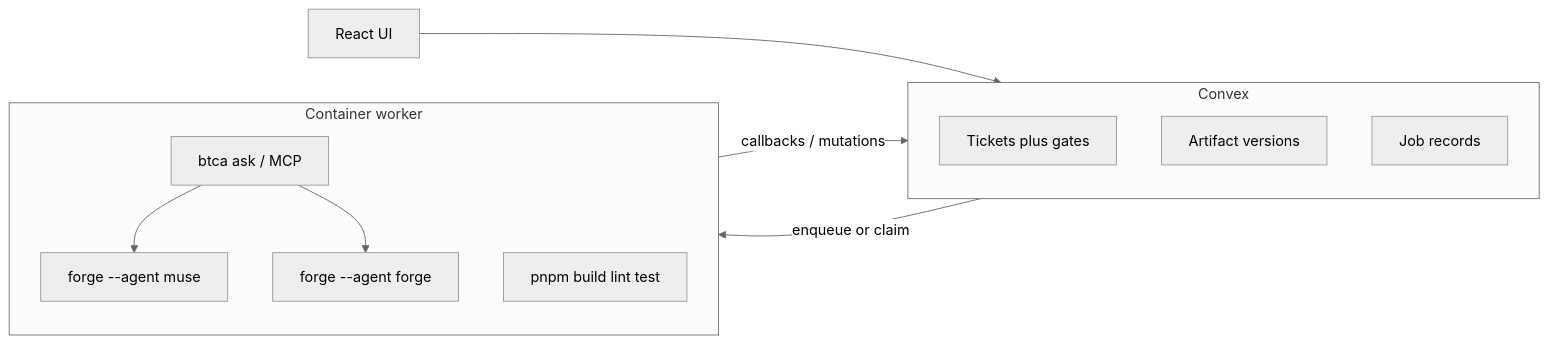
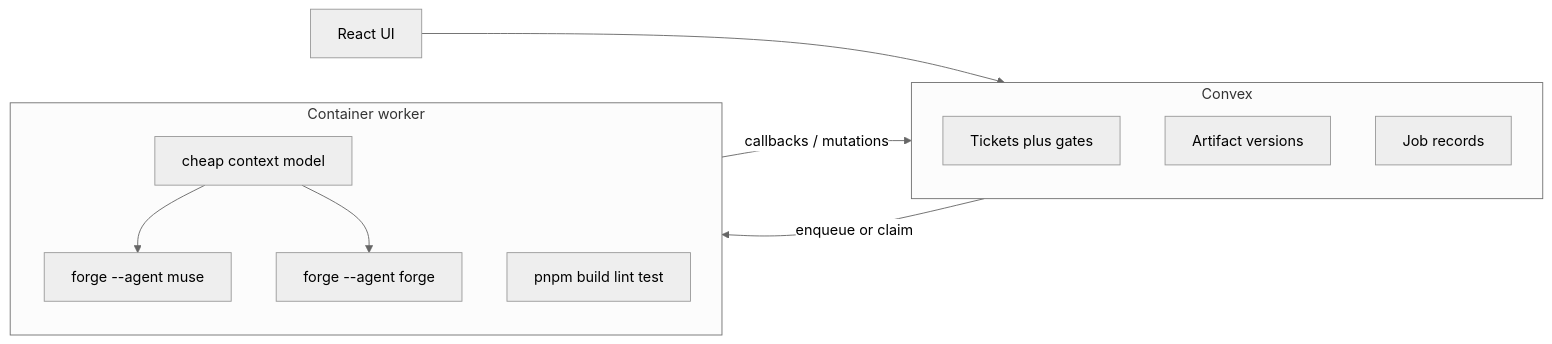
One commit to prateekkumaroriginal/synapse changed the diagram in ticket_ai_workflow_19104437.plan.md. Above: the diagram before and after it, drawn with Mermaid (neutral theme). The commit also changed other lines of this file and 12 other files, not shown here.

````diff
--- a/ticket_ai_workflow_19104437.plan.md
+++ b/ticket_ai_workflow_19104437.plan.md
@@ -42,19 +42,19 @@
 ```mermaid
 flowchart LR
   subgraph convex [Convex]
     Tickets[Tickets plus gates]
     Artifacts[Artifact versions]
     Jobs[Job records]
   end
   subgraph worker [Container worker]
-    BTCA[btca ask / MCP]
+    ContextModel[cheap context model]
     Muse[forge --agent muse]
     Forge[forge --agent forge]
     Val[pnpm build lint test]
   end
   UI[React UI] --> convex
   convex -->|enqueue or claim| worker
   worker -->|callbacks / mutations| convex
-  BTCA --> Muse
-  BTCA --> Forge
+  ContextModel --> Muse
+  ContextModel --> Forge
 ```
````
